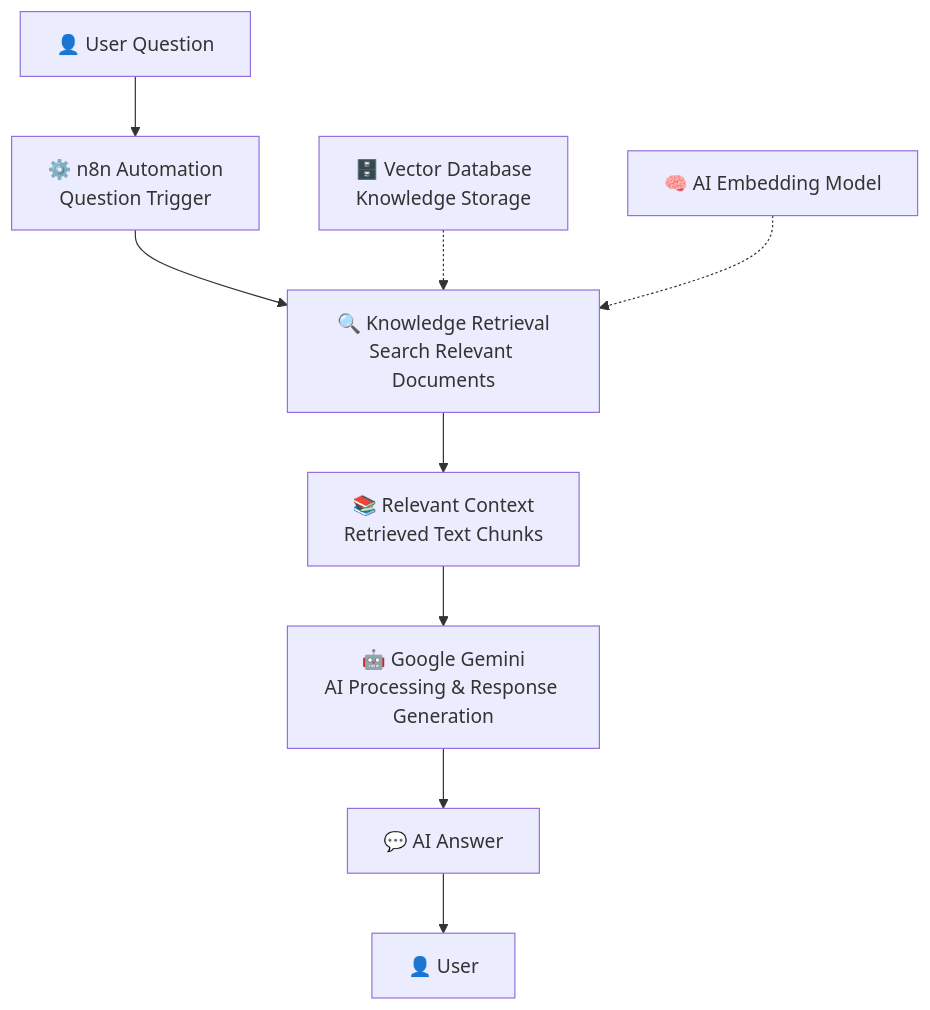
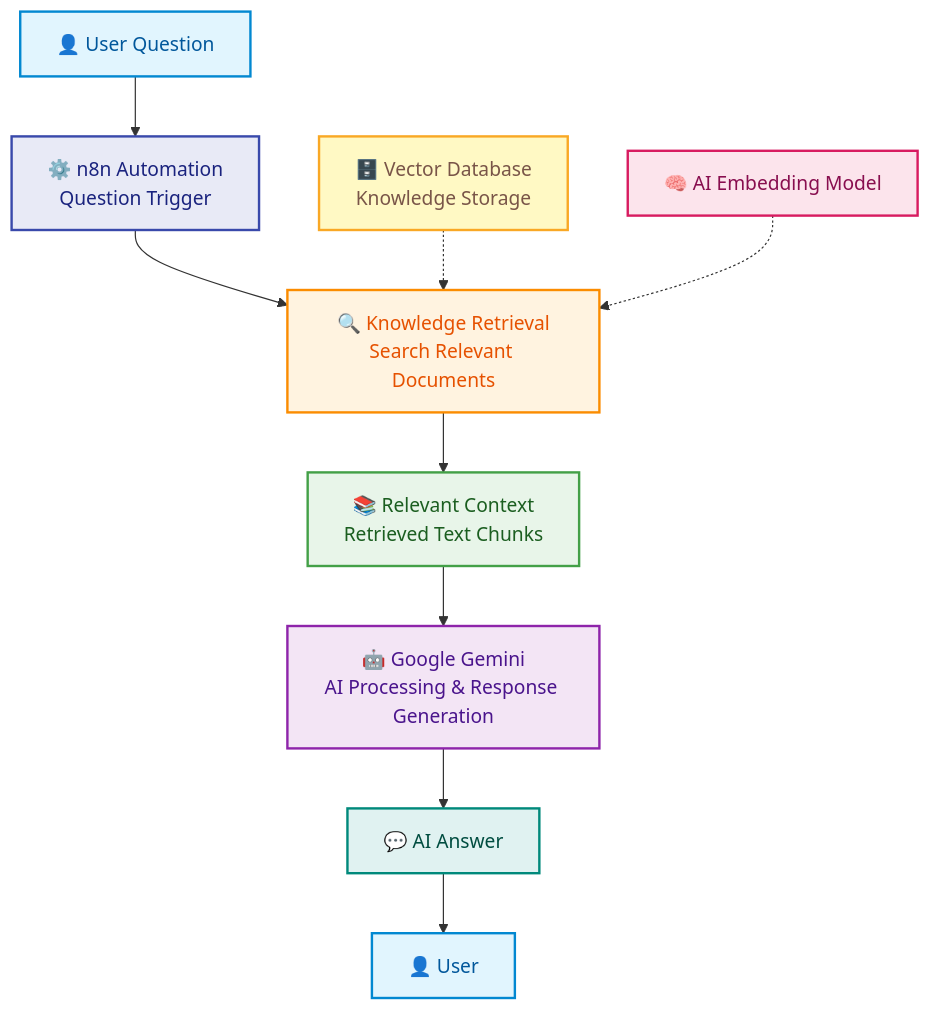
Before and after one commit to syedaliabbashamdani/rag-knowledge-base-chatbot: the second of 2 diagrams in README.md, drawn with Mermaid. The commit also changed other lines of this file, not shown here.

````diff
--- a/README.md
+++ b/README.md
@@ -92,12 +93,22 @@
 ```mermaid
 flowchart TD
     A["👤 User Question"] --> B["⚙️ n8n Automation<br/>Question Trigger"]
     B --> C["🔍 Knowledge Retrieval<br/>Search Relevant Documents"]
     C --> D["📚 Relevant Context<br/>Retrieved Text Chunks"]
     D --> E["🤖 Google Gemini<br/>AI Processing & Response Generation"]
     E --> F["💬 AI Answer"]
     F --> G["👤 User"]
 
     H["🗄️ Vector Database<br/>Knowledge Storage"] -.-> C
     I["🧠 AI Embedding Model"] -.-> C
+
+    style A fill:#E1F5FE,stroke:#0288D1,stroke-width:2px,color:#01579B
+    style B fill:#E8EAF6,stroke:#3949AB,stroke-width:2px,color:#1A237E
+    style C fill:#FFF3E0,stroke:#FB8C00,stroke-width:2px,color:#E65100
+    style D fill:#E8F5E9,stroke:#43A047,stroke-width:2px,color:#1B5E20
+    style E fill:#F3E5F5,stroke:#8E24AA,stroke-width:2px,color:#4A148C
+    style F fill:#E0F2F1,stroke:#00897B,stroke-width:2px,color:#004D40
+    style G fill:#E1F5FE,stroke:#0288D1,stroke-width:2px,color:#01579B
+    style H fill:#FFF9C4,stroke:#F9A825,stroke-width:2px,color:#795548
+    style I fill:#FCE4EC,stroke:#D81B60,stroke-width:2px,color:#880E4F
 ```
````
